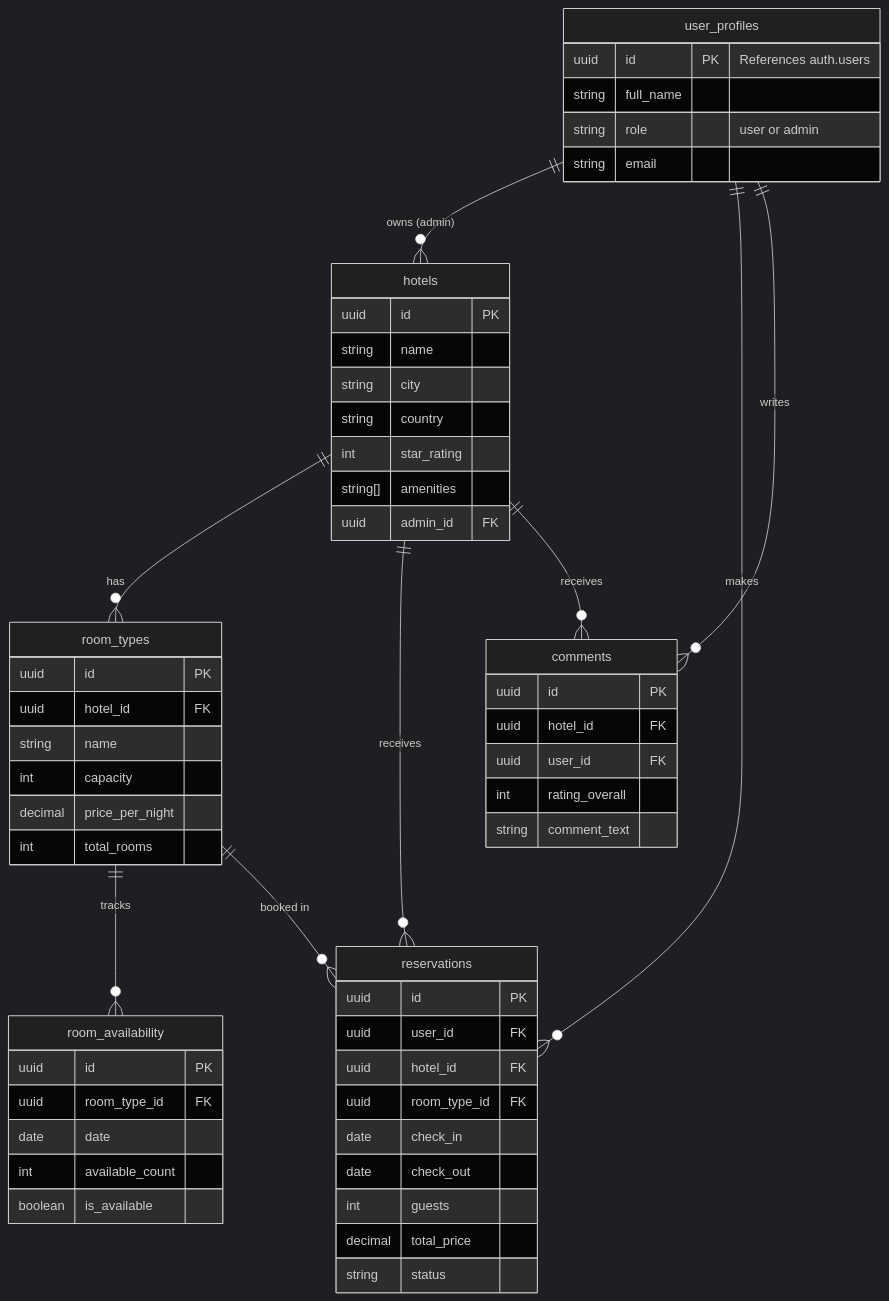
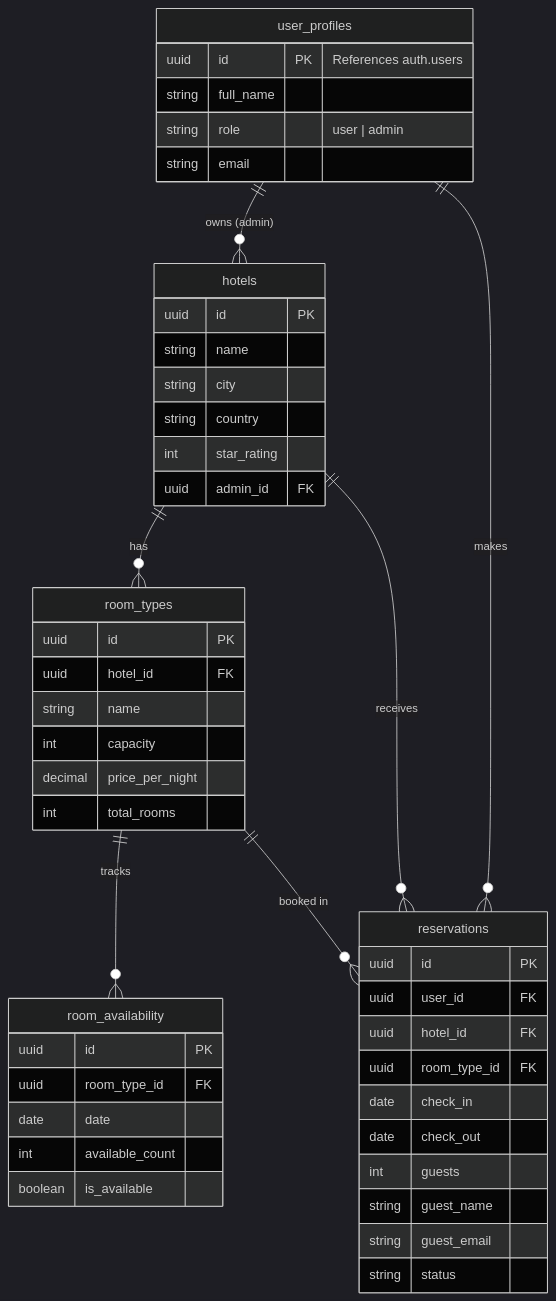
Before and after one commit to memdo/hotello: the diagram in README.md, drawn with Mermaid (dark theme). The commit also changed other lines of this file, not shown here.

````diff
--- a/README.md
+++ b/README.md
@@ -45,67 +74,51 @@
 ```mermaid
 erDiagram
     user_profiles ||--o{ hotels : "owns (admin)"
     user_profiles ||--o{ reservations : "makes"
-    user_profiles ||--o{ comments : "writes"
-    
     hotels ||--o{ room_types : "has"
     hotels ||--o{ reservations : "receives"
-    hotels ||--o{ comments : "receives"
-    
     room_types ||--o{ room_availability : "tracks"
     room_types ||--o{ reservations : "booked in"
 
     user_profiles {
         uuid id PK "References auth.users"
         string full_name
-        string role "user or admin"
+        string role "user | admin"
         string email
     }
-
     hotels {
         uuid id PK
         string name
         string city
         string country
         int star_rating
-        string[] amenities
         uuid admin_id FK
     }
-
     room_types {
         uuid id PK
         uuid hotel_id FK
         string name
         int capacity
         decimal price_per_night
         int total_rooms
     }
-
     room_availability {
         uuid id PK
         uuid room_type_id FK
         date date
         int available_count
         boolean is_available
     }
-
     reservations {
         uuid id PK
         uuid user_id FK
         uuid hotel_id FK
         uuid room_type_id FK
         date check_in
         date check_out
         int guests
-        decimal total_price
+        string guest_name
+        string guest_email
         string status
     }
-
-    comments {
-        uuid id PK
-        uuid hotel_id FK
-        uuid user_id FK
-        int rating_overall
-        string comment_text
-    }
 ```
````
